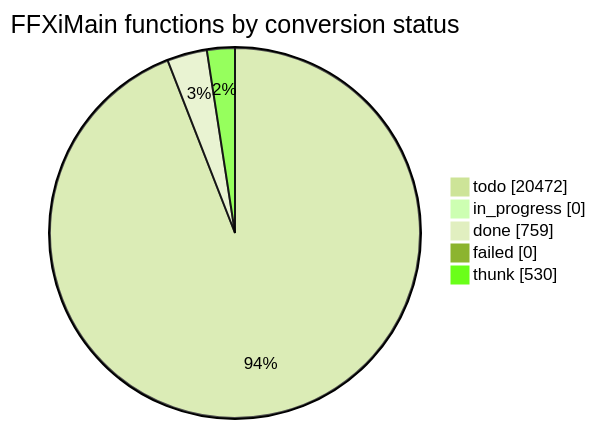
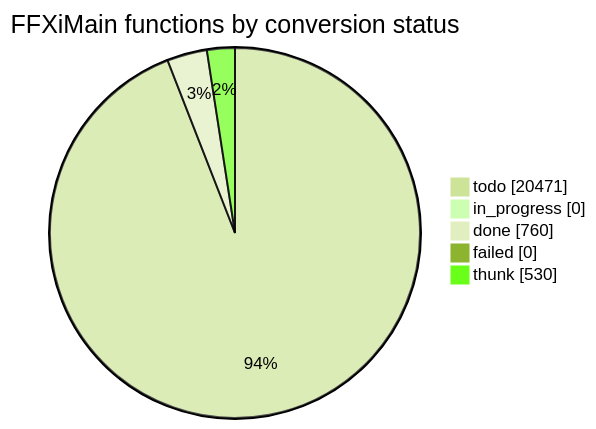
One commit to cowrevenge/cow_kuluu_xi_anything changed the diagram in docs/cow/STATUS.md. Above: the diagram before and after it, drawn with Mermaid (forest theme). The commit also changed other lines of this file and 9 other files, not shown here.

````diff
--- a/docs/cow/STATUS.md
+++ b/docs/cow/STATUS.md
@@ -18,9 +18,9 @@
 ```mermaid
 pie showData
     title FFXiMain functions by conversion status
-    "todo" : 20472
+    "todo" : 20471
     "in_progress" : 0
-    "done" : 759
+    "done" : 760
     "failed" : 0
     "thunk" : 530
 ```
````
